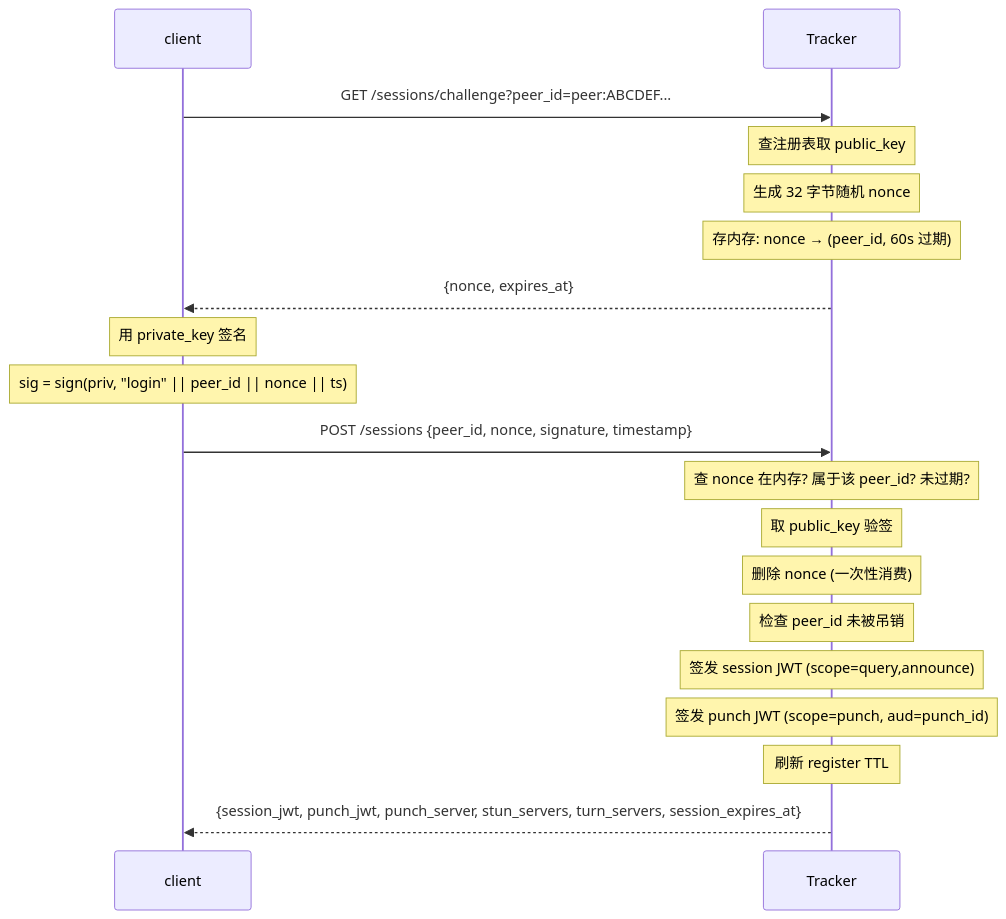
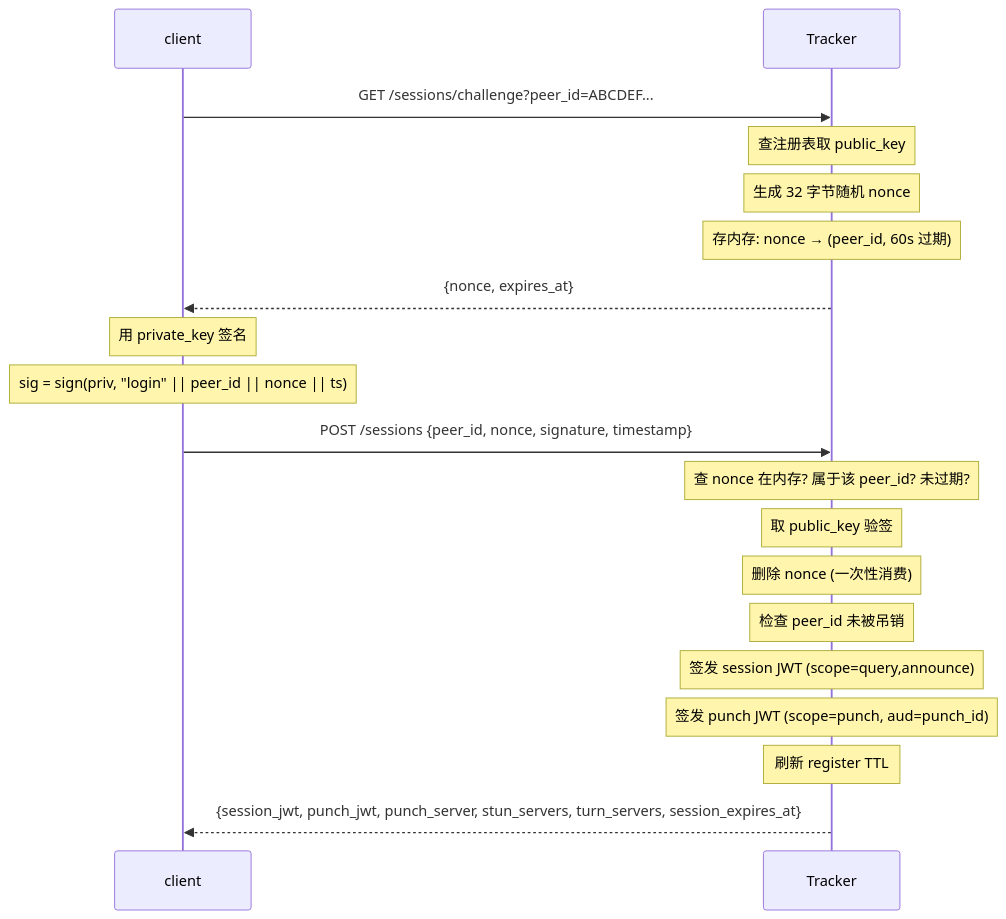
The fourth of 15 diagrams in docs/design/p2p-overview.md (mivinci/p2p), drawn with Mermaid before and after one commit. The commit also changed other lines of this file, not shown here.

First line of the commit message:
docs(design): drop "peer:" prefix from peer_id

````diff
--- a/docs/design/p2p-overview.md
+++ b/docs/design/p2p-overview.md
@@ -496,24 +496,24 @@
 ```mermaid
 sequenceDiagram
     participant C as client
     participant T as Tracker
 
-    C->>T: GET /sessions/challenge?peer_id=peer:ABCDEF...
+    C->>T: GET /sessions/challenge?peer_id=ABCDEF...
     Note over T: 查注册表取 public_key
     Note over T: 生成 32 字节随机 nonce
     Note over T: 存内存: nonce → (peer_id, 60s 过期)
     T-->>C: {nonce, expires_at}
 
     Note over C: 用 private_key 签名
     Note over C: sig = sign(priv, "login" || peer_id || nonce || ts)
 
     C->>T: POST /sessions {peer_id, nonce, signature, timestamp}
     Note over T: 查 nonce 在内存? 属于该 peer_id? 未过期?
     Note over T: 取 public_key 验签
     Note over T: 删除 nonce (一次性消费)
     Note over T: 检查 peer_id 未被吊销
     Note over T: 签发 session JWT (scope=query,announce)
     Note over T: 签发 punch JWT (scope=punch, aud=punch_id)
     Note over T: 刷新 register TTL
     T-->>C: {session_jwt, punch_jwt, punch_server, stun_servers, turn_servers, session_expires_at}
 ```
````
